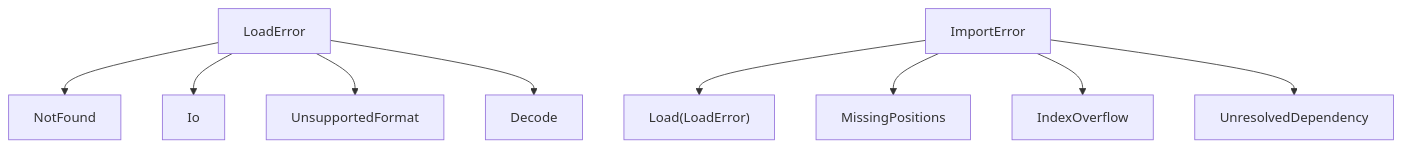
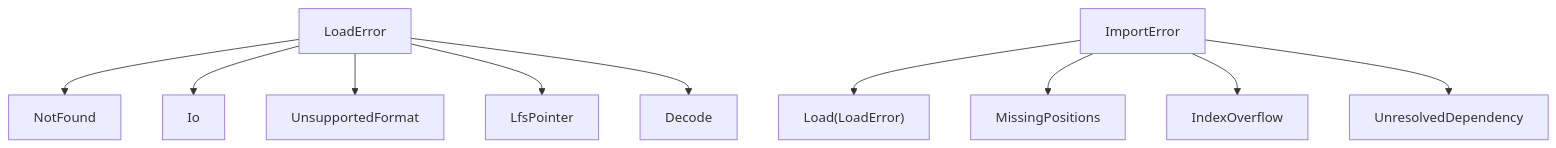
One commit to vansweej/nodemoss changed diagram 12 of 16 in docs/LOADING.md. Above: the diagram before and after it, drawn with Mermaid. The commit also changed other lines of this file and 6 other files, not shown here.

Commit message:
fix(loader): detect Git LFS pointer assets

````diff
--- a/docs/LOADING.md
+++ b/docs/LOADING.md
@@ -193,11 +193,12 @@
 ```mermaid
 flowchart TD
     LE["LoadError"] --> NF["NotFound"]
     LE --> IO["Io"]
     LE --> UF["UnsupportedFormat"]
+    LE --> LFS["LfsPointer"]
     LE --> DE["Decode"]
     IE["ImportError"] --> Load["Load(LoadError)"]
     IE --> Missing["MissingPositions"]
     IE --> Overflow["IndexOverflow"]
     IE --> Dep["UnresolvedDependency"]
 ```
````
